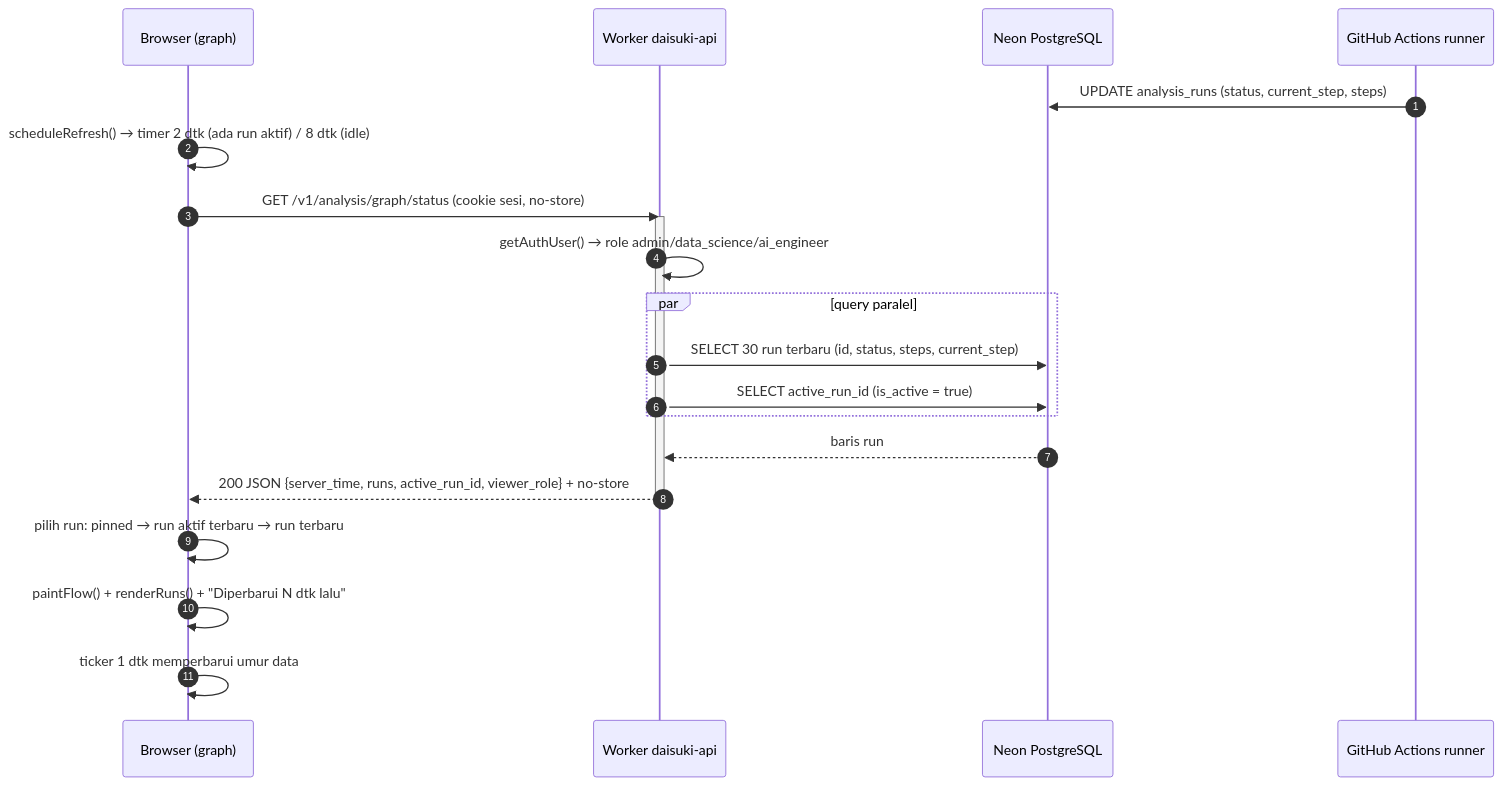
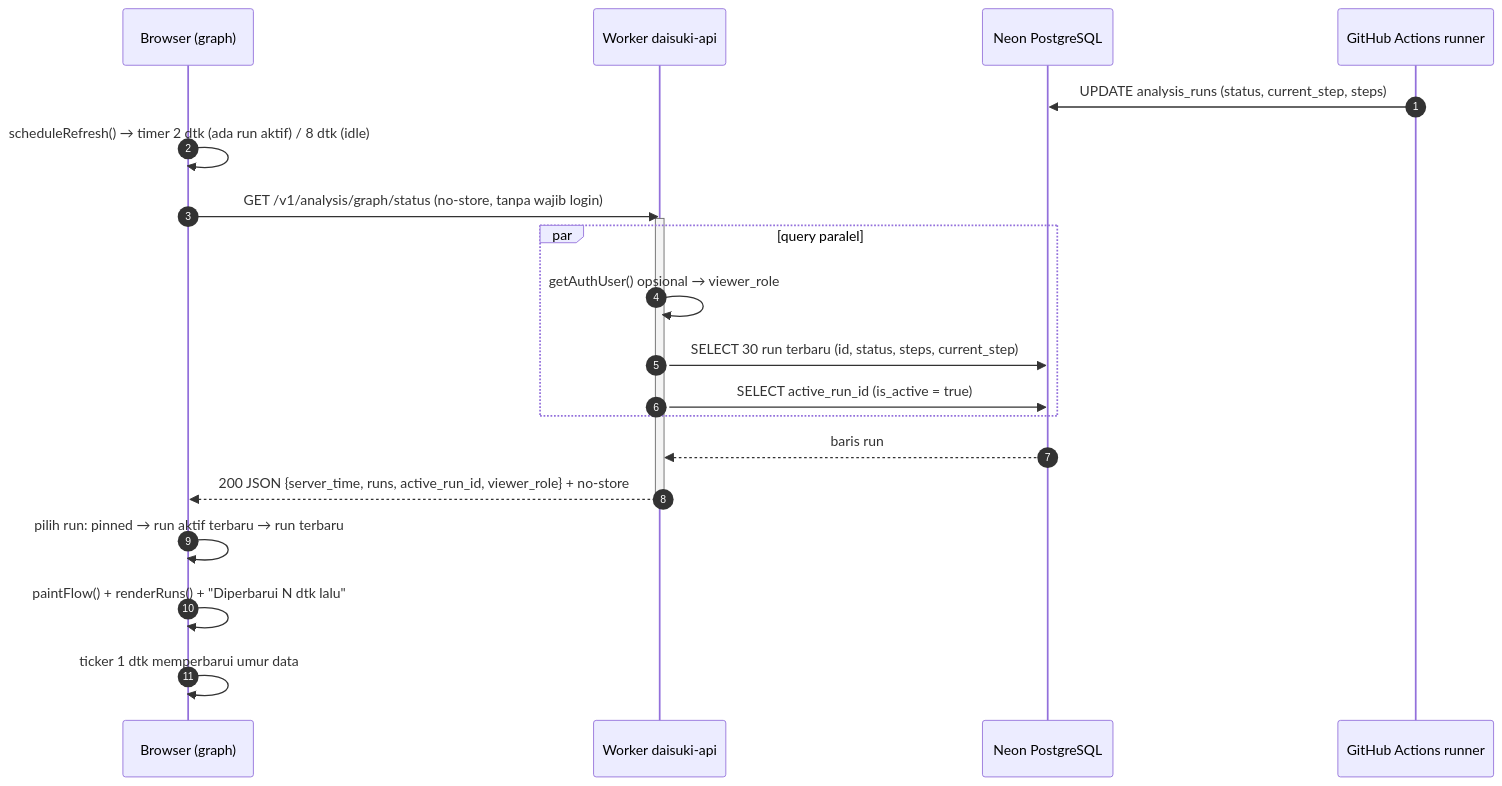
One commit to HudzaifahArrantisi/Dicoding-Project changed the second of 6 diagrams in docs/GRAPH_REALTIME_FLOW.md. Above: the diagram before and after it, drawn with Mermaid. The commit also changed other lines of this file and 5 other files, not shown here.

Commit message:
feat: add public analysis status endpoint for cross-device graph dashboard monitoring

````diff
--- a/docs/GRAPH_REALTIME_FLOW.md
+++ b/docs/GRAPH_REALTIME_FLOW.md
@@ -41,24 +41,24 @@
 ```mermaid
 sequenceDiagram
     autonumber
     participant B as Browser (graph)
     participant A as Worker daisuki-api
     participant N as Neon PostgreSQL
     participant R as GitHub Actions runner
 
     R->>N: UPDATE analysis_runs (status, current_step, steps)
     B->>B: scheduleRefresh() → timer 2 dtk (ada run aktif) / 8 dtk (idle)
-    B->>A: GET /v1/analysis/graph/status (cookie sesi, no-store)
+    B->>A: GET /v1/analysis/graph/status (no-store, tanpa wajib login)
     activate A
-    A->>A: getAuthUser() → role admin/data_science/ai_engineer
     par query paralel
+        A->>A: getAuthUser() opsional → viewer_role
         A->>N: SELECT 30 run terbaru (id, status, steps, current_step)
         A->>N: SELECT active_run_id (is_active = true)
     end
     N-->>A: baris run
     A-->>B: 200 JSON {server_time, runs, active_run_id, viewer_role} + no-store
     deactivate A
     B->>B: pilih run: pinned → run aktif terbaru → run terbaru
     B->>B: paintFlow() + renderRuns() + "Diperbarui N dtk lalu"
     B->>B: ticker 1 dtk memperbarui umur data
 ```
````
